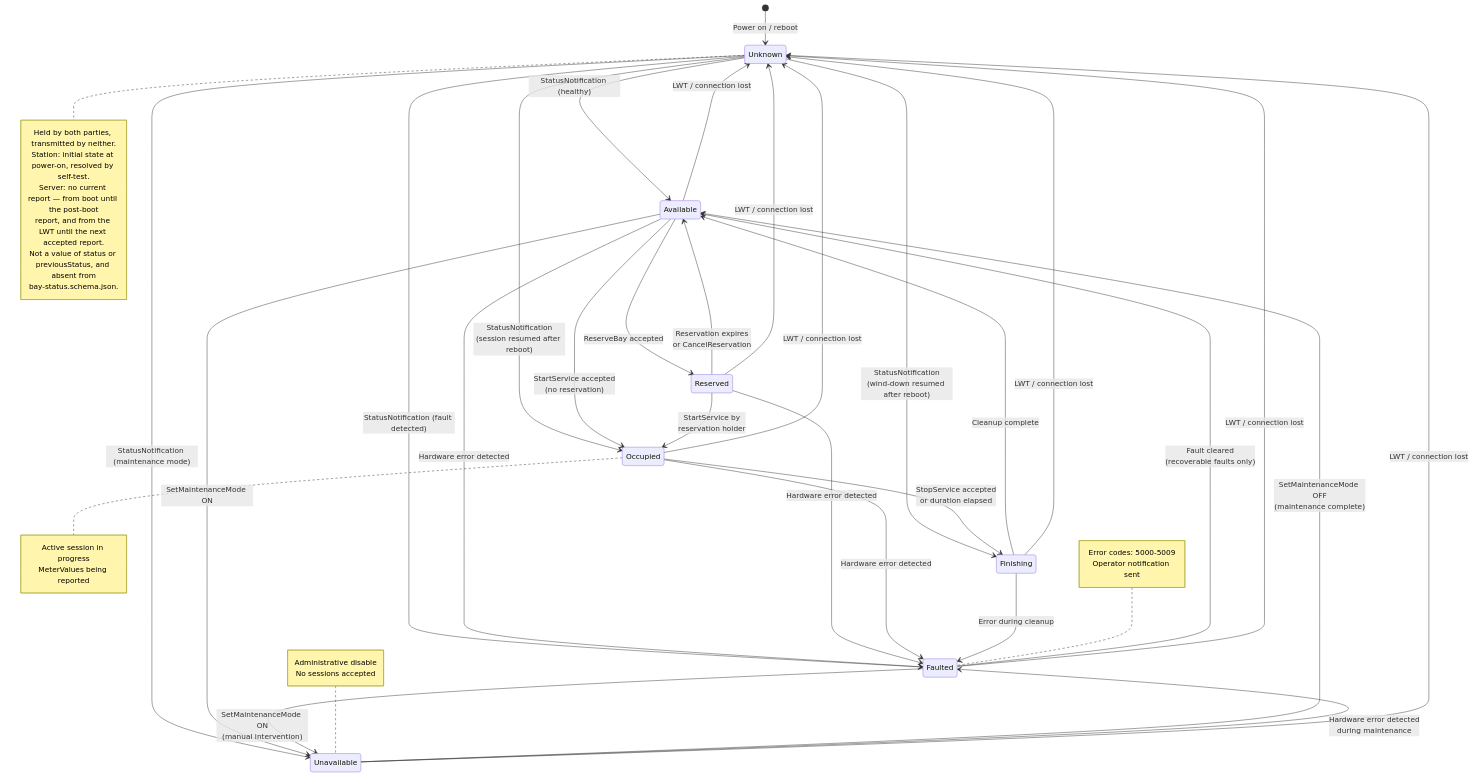
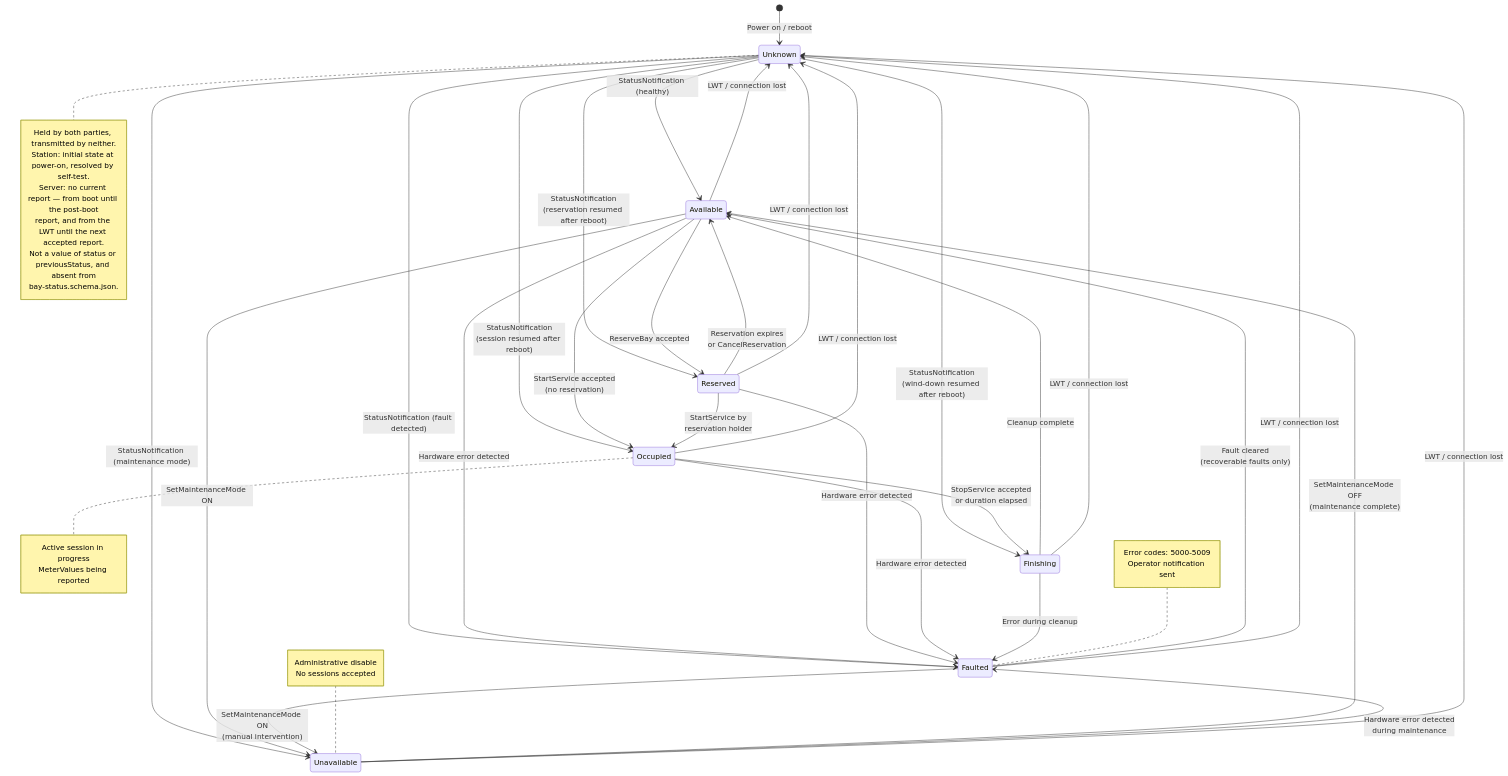
Before and after one commit to ospp-org/spec: the diagram in diagrams/state-machine-bay.mmd, drawn with Mermaid. The commit also changed 41 other files, not shown here.

```diff
--- a/diagrams/state-machine-bay.mmd
+++ b/diagrams/state-machine-bay.mmd
@@ -1,72 +1,73 @@
 %% OSPP Bay State Machine
 %% Reference: spec/05-state-machines.md, Section 2
 %% Each bay on a station MUST be in exactly one of these 7 states
 %%
 %% This diagram DEPICTS the canonical transition table at 05-state-machines.md §2.3;
 %% it does not define it. Where the two disagree the table governs, and the diagram
 %% is the defect. The table's "Effected by" column is rendered here as the split
-%% below: everything above the divider is a Station transition (20), the six edges
-%% into Unknown are the Server's inference (6). 26 in all.
+%% below: everything above the divider is a Station transition (21), the six edges
+%% into Unknown are the Server's inference (6). 27 in all.
 
 stateDiagram-v2
     [*] --> Unknown : Power on / reboot
 
     Unknown --> Available : StatusNotification (healthy)
     Unknown --> Faulted : StatusNotification (fault detected)
     Unknown --> Unavailable : StatusNotification (maintenance mode)
+    Unknown --> Reserved : StatusNotification<br/>(reservation resumed after reboot)
     Unknown --> Occupied : StatusNotification<br/>(session resumed after reboot)
     Unknown --> Finishing : StatusNotification<br/>(wind-down resumed after reboot)
 
     Available --> Reserved : ReserveBay accepted
     Available --> Occupied : StartService accepted<br/>(no reservation)
     Available --> Faulted : Hardware error detected
     Available --> Unavailable : SetMaintenanceMode ON
 
     Reserved --> Occupied : StartService by<br/>reservation holder
     Reserved --> Available : Reservation expires<br/>or CancelReservation
     Reserved --> Faulted : Hardware error detected
 
     Occupied --> Finishing : StopService accepted<br/>or duration elapsed
     Occupied --> Faulted : Hardware error detected
 
     Finishing --> Available : Cleanup complete
     Finishing --> Faulted : Error during cleanup
 
     Faulted --> Available : Fault cleared<br/>(recoverable faults only)
     Faulted --> Unavailable : SetMaintenanceMode ON<br/>(manual intervention)
 
     Unavailable --> Available : SetMaintenanceMode OFF<br/>(maintenance complete)
     Unavailable --> Faulted : Hardware error detected<br/>during maintenance
 
     %% SERVER rows. Inferred, never reported: no message carries these and a
     %% station MUST NOT implement them.
     Available --> Unknown : LWT / connection lost
     Reserved --> Unknown : LWT / connection lost
     Occupied --> Unknown : LWT / connection lost
     Finishing --> Unknown : LWT / connection lost
     Faulted --> Unknown : LWT / connection lost
     Unavailable --> Unknown : LWT / connection lost
 
     note right of Unknown
         Held by both parties, transmitted by neither.
         Station: initial state at power-on, resolved by self-test.
         Server: no current report — from boot until the post-boot
         report, and from the LWT until the next accepted report.
         Not a value of status or previousStatus, and absent from
         bay-status.schema.json.
     end note
 
     note right of Occupied
         Active session in progress
         MeterValues being reported
     end note
 
     note left of Faulted
         Error codes: 5000-5009
         Operator notification sent
     end note
 
     note left of Unavailable
         Administrative disable
         No sessions accepted
     end note
```
